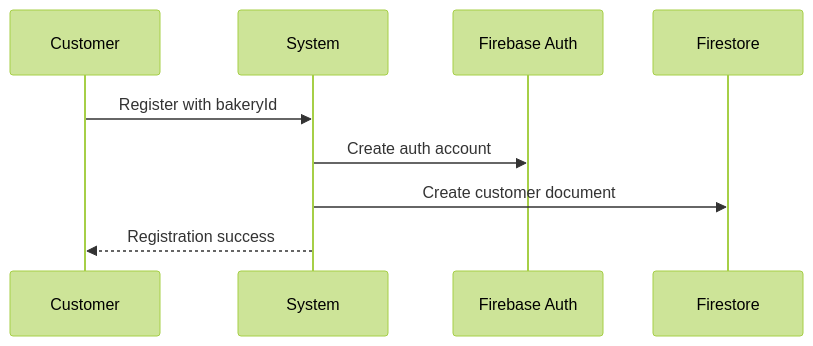
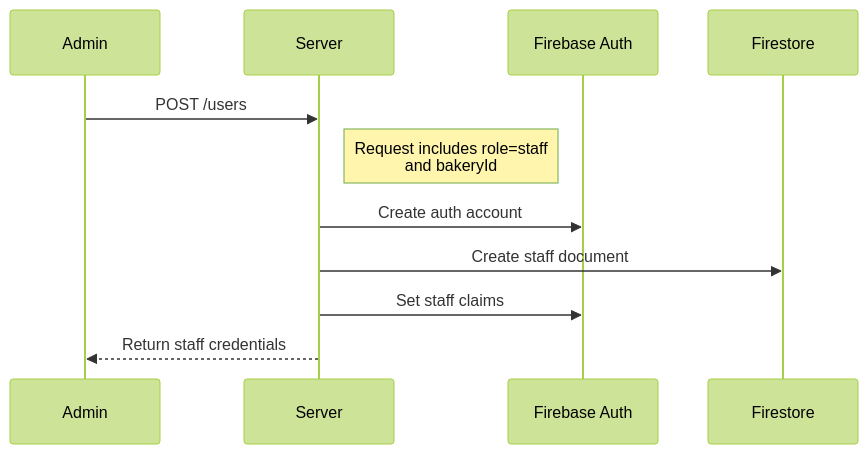
Before and after one commit to casalgado/bake-ry: the second of 3 diagrams in user-documentation.md, drawn with Mermaid (forest theme). The commit also changed other lines of this file and 4 other files, not shown here.

````diff
--- a/user-documentation.md
+++ b/user-documentation.md
@@ -89,7 +86,9 @@
 ```mermaid
 sequenceDiagram
-    Customer->>System: Register with bakeryId
-    System->>Firebase Auth: Create auth account
-    System->>Firestore: Create customer document
-    System-->>Customer: Registration success
+    Admin->>Server: POST /users
+    Note right of Server: Request includes role=staff<br/>and bakeryId
+    Server->>Firebase Auth: Create auth account
+    Server->>Firestore: Create staff document
+    Server->>Firebase Auth: Set staff claims
+    Server-->>Admin: Return staff credentials
 ```
````
